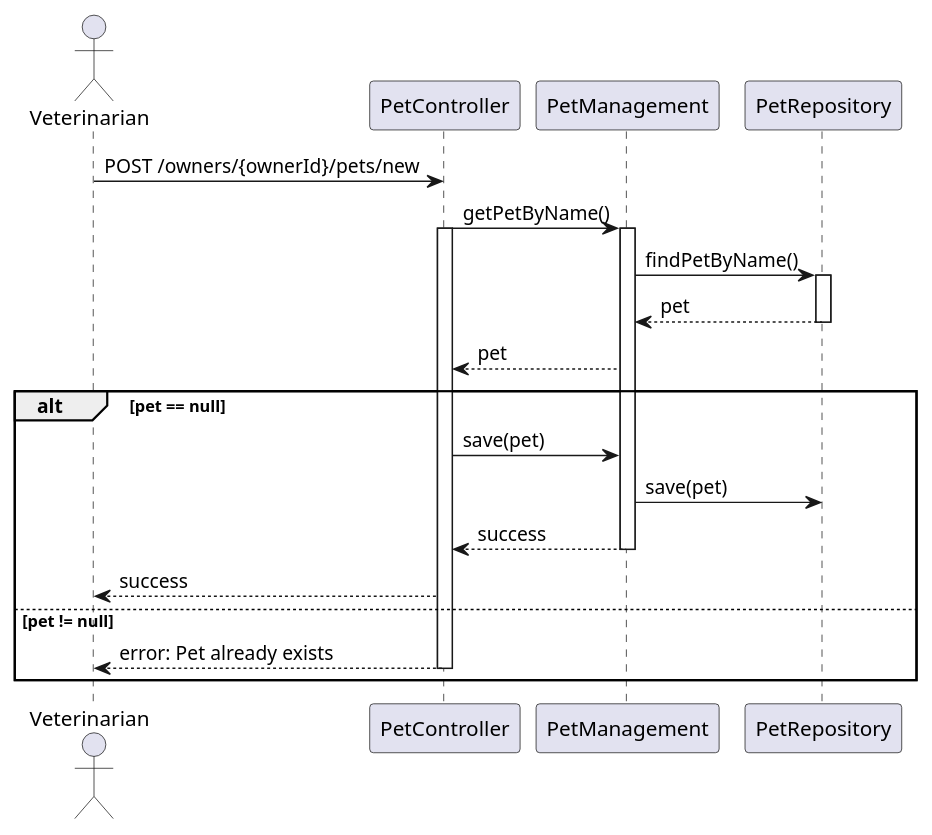
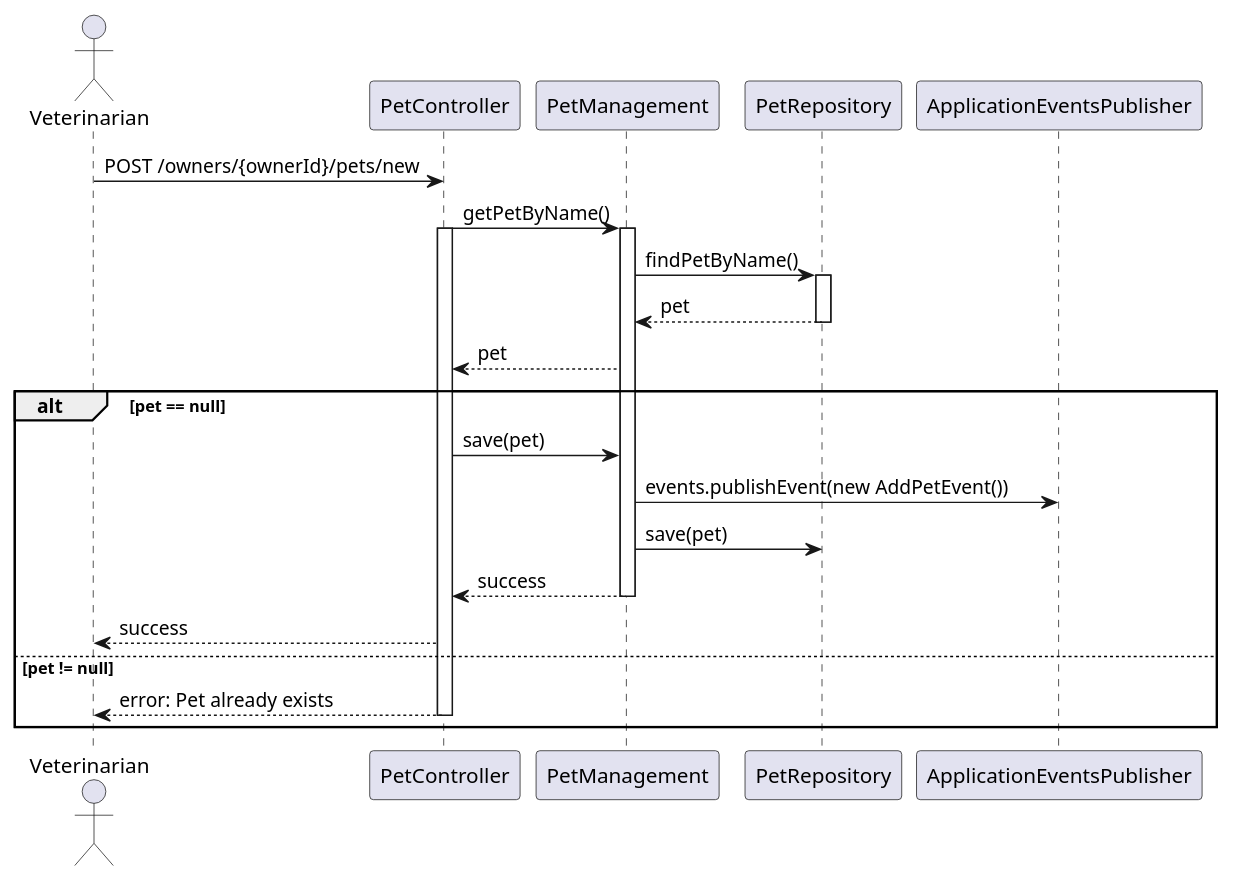
The diagram in docs/modulith/SD/AddPet/N3AddPet.puml (miguel1211593/spring_modulith), drawn with PlantUML before and after one commit. The commit also changed 6 other files, not shown here.

```diff
--- a/docs/modulith/SD/AddPet/N3AddPet.puml
+++ b/docs/modulith/SD/AddPet/N3AddPet.puml
@@ -1,31 +1,32 @@
 @startuml
 
 actor Veterinarian
 participant "PetController" as Controller
 participant "PetManagement" as Service
 participant "PetRepository" as Repository
-
+participant "ApplicationEventsPublisher" as Publisher
 
 
 Veterinarian -> Controller: POST /owners/{ownerId}/pets/new
 Controller -> Service: getPetByName()
 activate Controller
 activate Service
 Service -> Repository: findPetByName()
 activate Repository
 Repository --> Service: pet
 deactivate Repository
 Service --> Controller: pet
 alt pet == null
     Controller -> Service: save(pet)
+    Service -> Publisher: events.publishEvent(new AddPetEvent())
     Service -> Repository: save(pet)
     Service --> Controller: success
     deactivate Service
     Controller --> Veterinarian: success
 else pet != null
     Controller --> Veterinarian: error: Pet already exists
     deactivate Controller
 end
 
 
 @enduml
```
